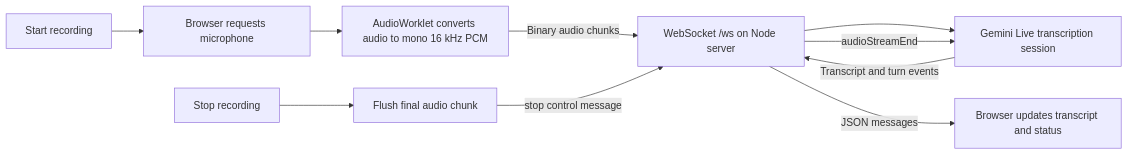
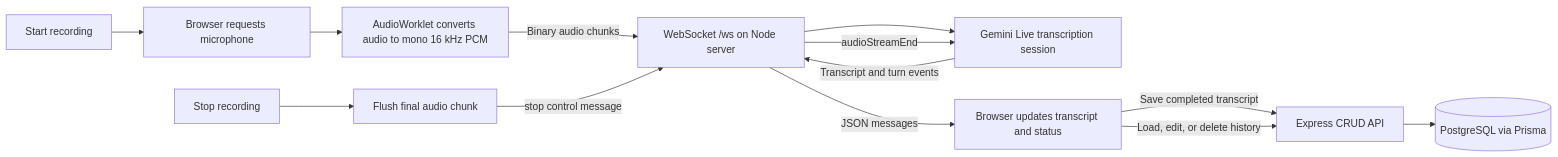
Before and after one commit to premkumar2501/speech-to-text: the diagram in README.md, drawn with Mermaid. The commit also changed other lines of this file and 17 other files, not shown here.

````diff
--- a/README.md
+++ b/README.md
@@ -42,12 +52,15 @@
 ```mermaid
 flowchart LR
     A[Start recording] --> B[Browser requests microphone]
     B --> C[AudioWorklet converts audio to mono 16 kHz PCM]
     C -->|Binary audio chunks| D[WebSocket /ws on Node server]
     D --> E[Gemini Live transcription session]
     E -->|Transcript and turn events| D
     D -->|JSON messages| F[Browser updates transcript and status]
-    G[Stop recording] --> H[Flush final audio chunk]
-    H -->|stop control message| D
+    F -->|Save completed transcript| G[Express CRUD API]
+    G --> H[(PostgreSQL via Prisma)]
+    F -->|Load, edit, or delete history| G
+    S[Stop recording] --> T[Flush final audio chunk]
+    T -->|stop control message| D
     D -->|audioStreamEnd| E
 ```
````
